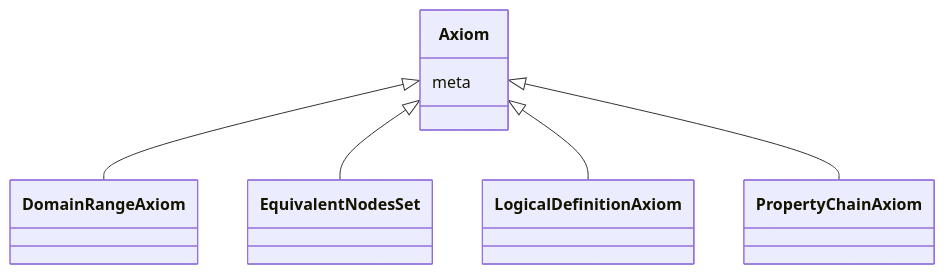
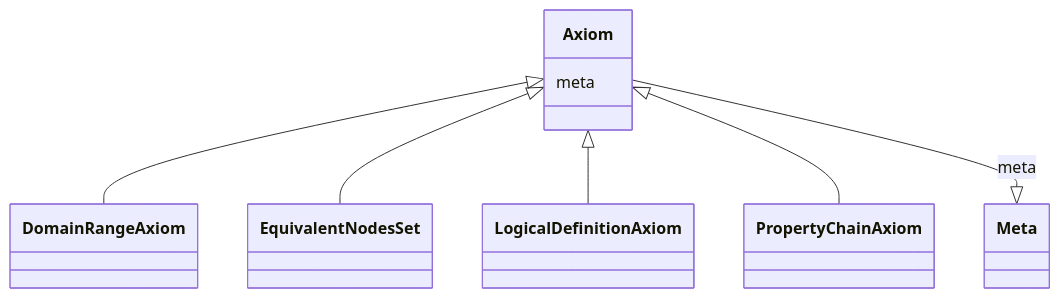
One commit to cthoyt/ontology-access-kit changed the diagram in obograph/Axiom.md. Above: the diagram before and after it, drawn with Mermaid. The commit also changed other lines of this file and 3287 other files, not shown here.

````diff
--- a/obograph/Axiom.md
+++ b/obograph/Axiom.md
@@ -14,11 +18,14 @@
 ```{mermaid}
  classDiagram
     class Axiom
       Axiom <|-- DomainRangeAxiom
       Axiom <|-- EquivalentNodesSet
       Axiom <|-- LogicalDefinitionAxiom
       Axiom <|-- PropertyChainAxiom
       
       Axiom : meta
+        
+          Axiom --|> Meta : meta
+        
       
 ```
````
